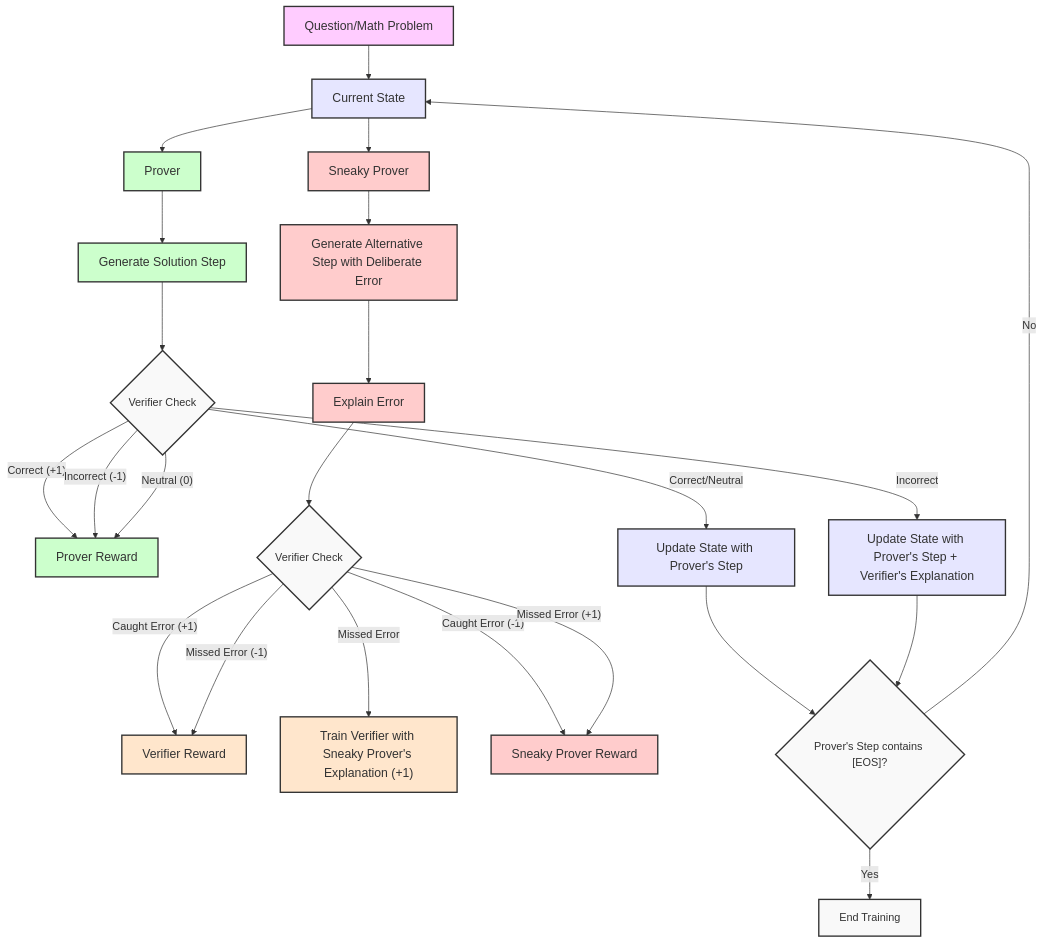
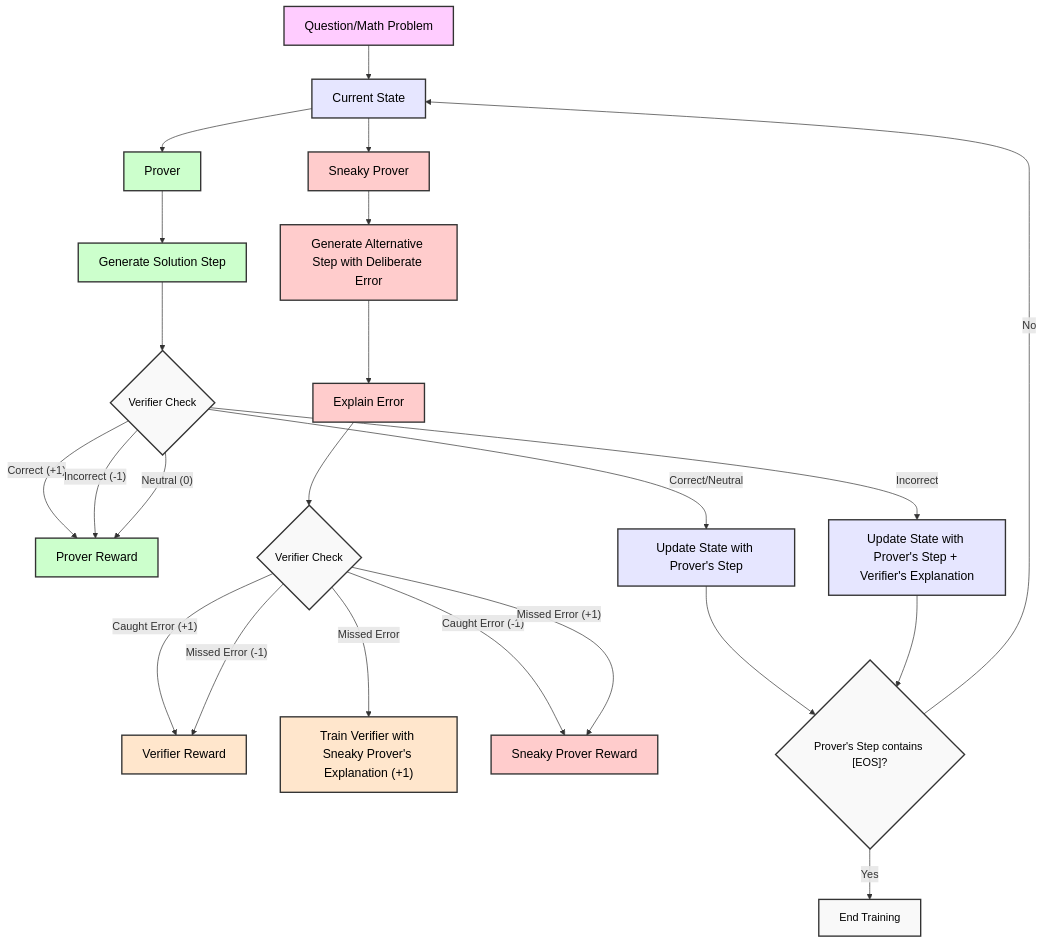
Before and after one commit to SprykAI/selfplay-reasoning: the diagram in README.md, drawn with Mermaid.

````diff
--- a/README.md
+++ b/README.md
@@ -16,51 +16,51 @@
 ```mermaid
 flowchart TD
     Q["Question/Math Problem"] --> CS["Current State"]
     
     CS --> P["Prover"]
     CS --> SP["Sneaky Prover"]
     
     %% Regular Prover Path
     P --> PS["Generate Solution Step"]
     PS --> PV{"Verifier Check"}
     PV -->|"Correct (+1)"| PR["Prover Reward"]
     PV -->|"Incorrect (-1)"| PR
     PV -->|"Neutral (0)"| PR
     
     %% State Update Logic
     PV -->|"Correct/Neutral"| US1["Update State with Prover's Step"]
     PV -->|"Incorrect"| US2["Update State with Prover's Step + Verifier's Explanation"]
     
     %% Sneaky Prover Path
     SP --> SS["Generate Alternative Step with Deliberate Error"]
     SS --> SE["Explain Error"]
     SE --> SV{"Verifier Check"}
     
     %% Verifier Training Paths
     SV -->|"Caught Error (+1)"| VR["Verifier Reward"]
     SV -->|"Missed Error (-1)"| VR
     SV -->|"Missed Error"| VT["Train Verifier with Sneaky Prover's Explanation (+1)"]
     
     %% Sneaky Rewards
     SV -->|"Caught Error (-1)"| SR["Sneaky Prover Reward"]
     SV -->|"Missed Error (+1)"| SR
     
     %% Continue or End
     US1 & US2 --> CO{"Prover's Step contains [EOS]?"}
     CO -->|"No"| CS
     CO -->|"Yes"| End["End Training"]
     
-    %% Custom CSS for Better Readability
-    classDef default fill:#f9f9f9,stroke:#333,stroke-width:2px,font-size:16px
-    classDef question fill:#ffccff,stroke:#333,stroke-width:2px,font-size:18px
-    classDef prover fill:#ccffcc,stroke:#333,stroke-width:2px,font-size:18px
-    classDef sneaky fill:#ffcccc,stroke:#333,stroke-width:2px,font-size:18px
-    classDef state fill:#e6e6ff,stroke:#333,stroke-width:2px,font-size:18px
-    classDef verifier fill:#ffe6cc,stroke:#333,stroke-width:2px,font-size:18px
+    %% Custom CSS for Better Readability with Black Text
+    classDef default fill:#f9f9f9,stroke:#333,stroke-width:2px,font-size:16px,color:black
+    classDef question fill:#ffccff,stroke:#333,stroke-width:2px,font-size:18px,color:black
+    classDef prover fill:#ccffcc,stroke:#333,stroke-width:2px,font-size:18px,color:black
+    classDef sneaky fill:#ffcccc,stroke:#333,stroke-width:2px,font-size:18px,color:black
+    classDef state fill:#e6e6ff,stroke:#333,stroke-width:2px,font-size:18px,color:black
+    classDef verifier fill:#ffe6cc,stroke:#333,stroke-width:2px,font-size:18px,color:black
     
     class Q question
     class P,PS,PR prover
     class SP,SS,SE,SR sneaky
     class CS,US1,US2 state
     class VR,VT verifier
 ```
````
